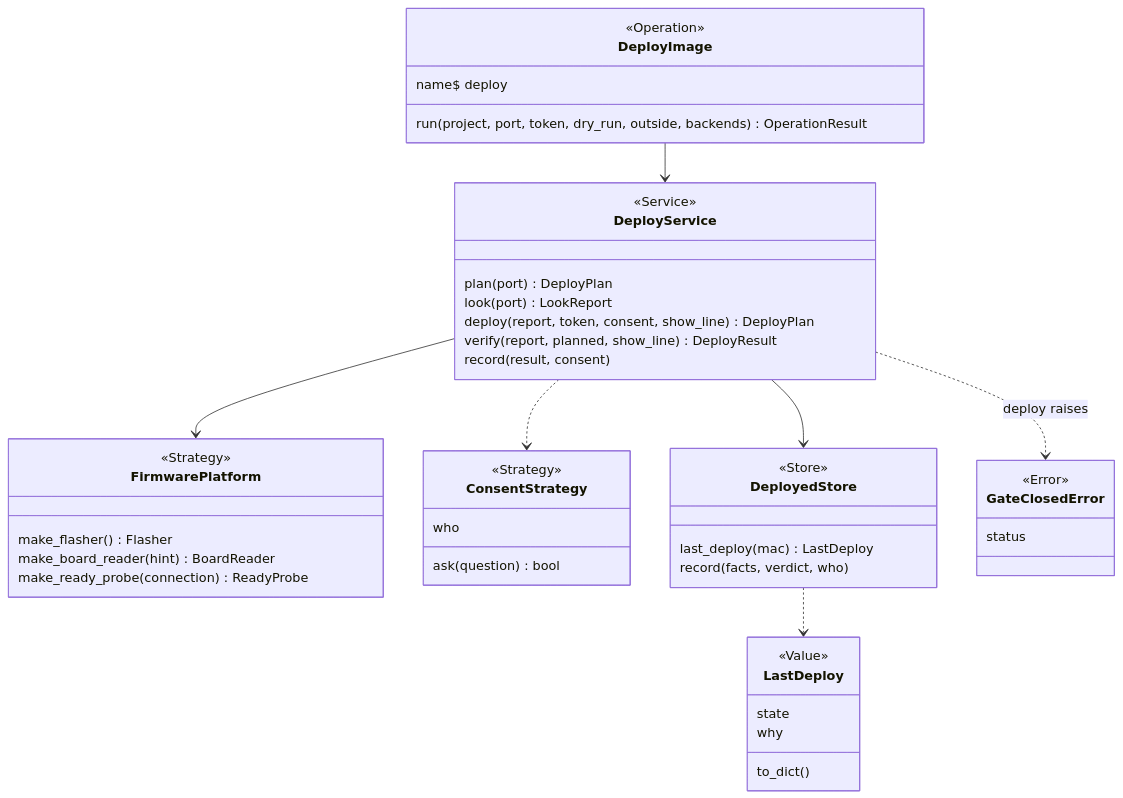
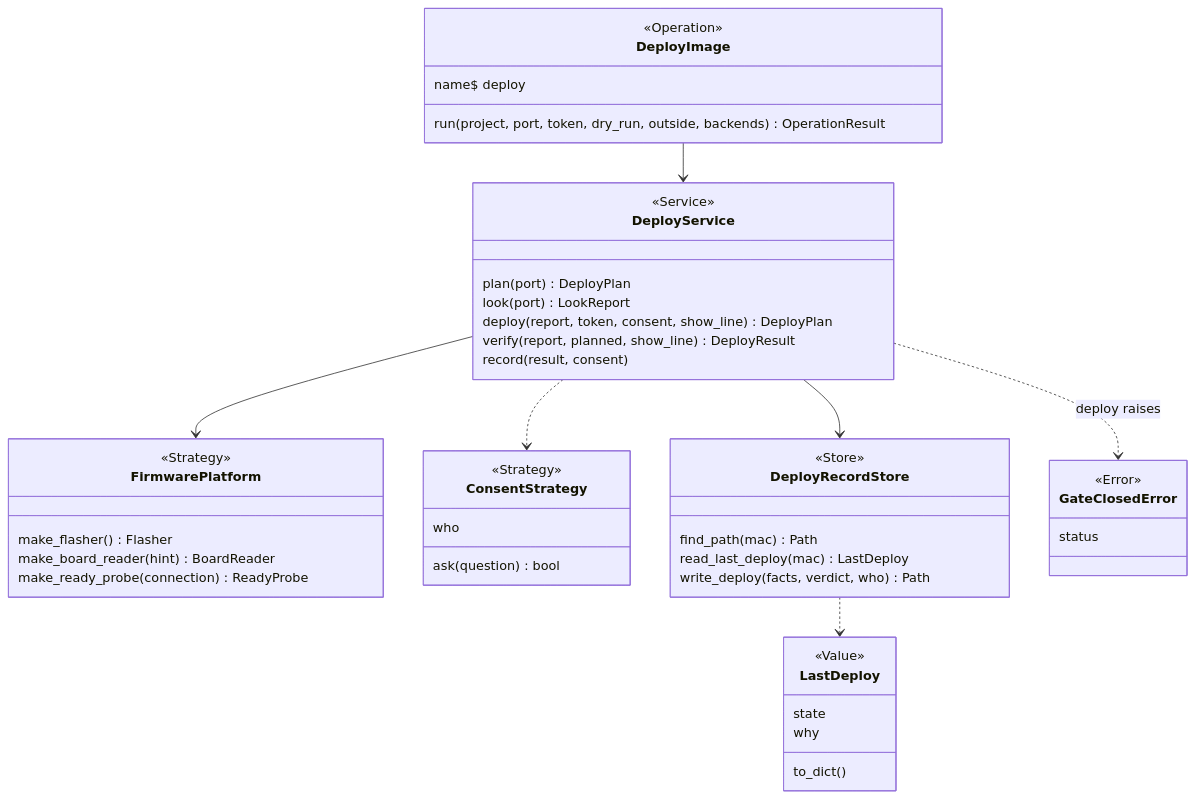
One commit to xmejkal/spark changed the third of 5 diagrams in docs/discovery/2026-10-19-p323-target-architecture/architecture/refactor-plan.md. Above: the diagram before and after it, drawn with Mermaid. The commit also changed other lines of this file and 9 other files, not shown here.

````diff
--- a/docs/discovery/2026-10-19-p323-target-architecture/architecture/refactor-plan.md
+++ b/docs/discovery/2026-10-19-p323-target-architecture/architecture/refactor-plan.md
@@ -116,48 +116,49 @@
 ```mermaid
 classDiagram
   class DeployImage {
     <<Operation>>
     name$ deploy
     run(project, port, token, dry_run, outside, backends) OperationResult
   }
   class DeployService {
     <<Service>>
     plan(port) DeployPlan
     look(port) LookReport
     deploy(report, token, consent, show_line) DeployPlan
     verify(report, planned, show_line) DeployResult
     record(result, consent)
   }
   class FirmwarePlatform {
     <<Strategy>>
     make_flasher() Flasher
     make_board_reader(hint) BoardReader
     make_ready_probe(connection) ReadyProbe
   }
   class ConsentStrategy {
     <<Strategy>>
     ask(question) bool
     who
   }
-  class DeployedStore {
+  class DeployRecordStore {
     <<Store>>
-    last_deploy(mac) LastDeploy
-    record(facts, verdict, who)
+    find_path(mac) Path
+    read_last_deploy(mac) LastDeploy
+    write_deploy(facts, verdict, who) Path
   }
   class LastDeploy {
     <<Value>>
     state
     why
     to_dict()
   }
   class GateClosedError {
     <<Error>>
     status
   }
   DeployImage --> DeployService
   DeployService --> FirmwarePlatform
   DeployService ..> ConsentStrategy
-  DeployService --> DeployedStore
-  DeployedStore ..> LastDeploy
+  DeployService --> DeployRecordStore
+  DeployRecordStore ..> LastDeploy
   DeployService ..> GateClosedError : deploy raises
 ```
````
